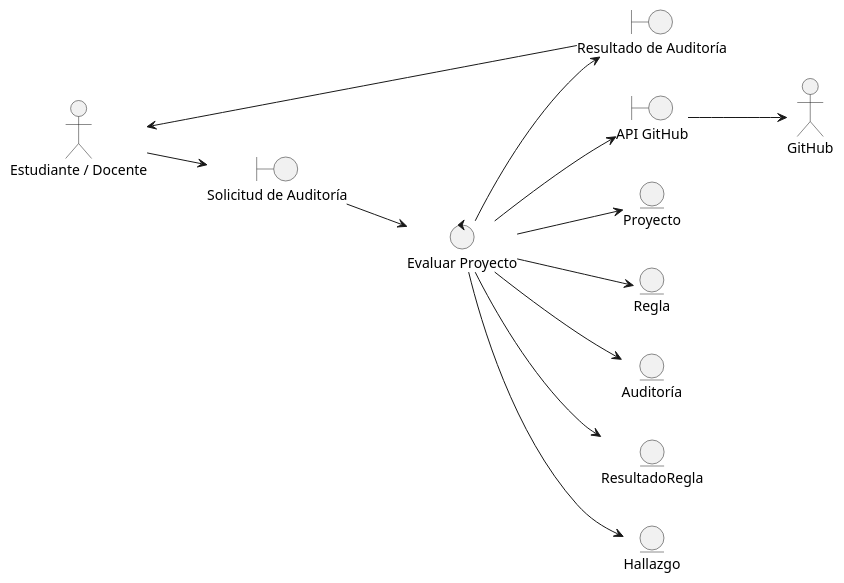
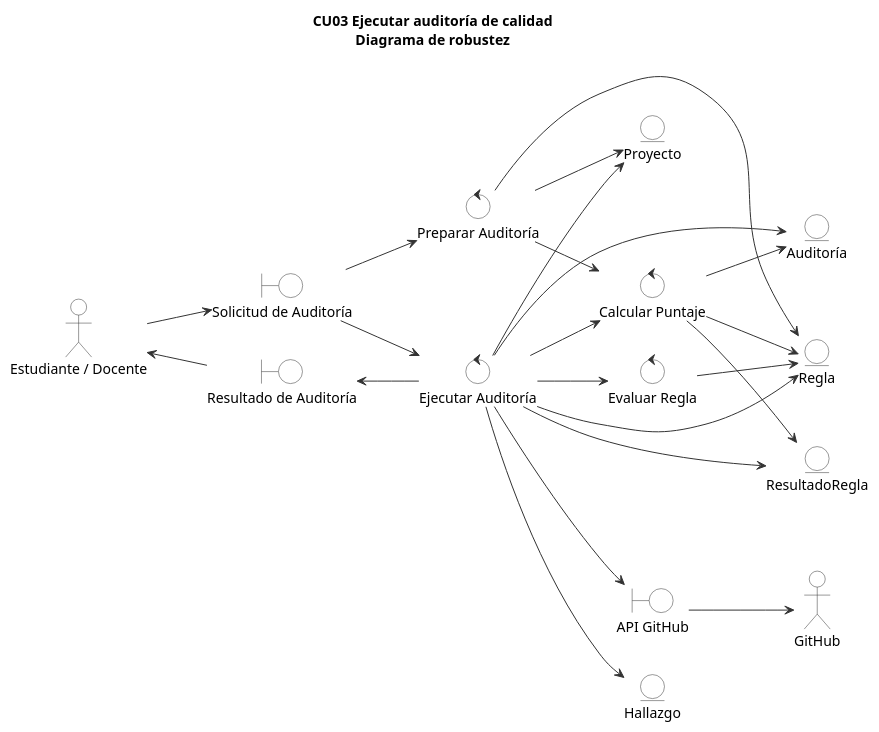
Before and after one commit to ErickBaja05/GR4_1BT3_622_26B: the diagram in docs/incremento1/robustnessDiagrams/cu03-ejecutarAuditoria.puml, drawn with PlantUML. The commit also changed 9 other files, not shown here.

Commit message:
update of the diagrams: CU3 and CU4

```diff
--- a/docs/incremento1/robustnessDiagrams/cu03-ejecutarAuditoria.puml
+++ b/docs/incremento1/robustnessDiagrams/cu03-ejecutarAuditoria.puml
@@ -1,31 +1,71 @@
 @startuml cu03_robustez
 skinparam style strictuml
+skinparam defaultFontName Arial
+skinparam ArrowColor #333333
+skinparam BoundaryBackgroundColor #FFFFFF
+skinparam BoundaryBorderColor #333333
+skinparam ControlBackgroundColor #FFFFFF
+skinparam ControlBorderColor #333333
+skinparam EntityBackgroundColor #FFFFFF
+skinparam EntityBorderColor #333333
+skinparam ActorBackgroundColor #FFFFFF
+skinparam ActorBorderColor #333333
+
+title CU03 Ejecutar auditoría de calidad\nDiagrama de robustez
+
 left to right direction
 
-actor "Estudiante / Docente" as Usuario
-actor GitHub
+actor "Estudiante / Docente" as actor
+actor "GitHub" as github
 
-boundary "Solicitud de Auditoría" as B1
-boundary "Resultado de Auditoría" as B2
-boundary "API GitHub" as B3
+boundary "Solicitud de Auditoría" as bSol
+boundary "Resultado de Auditoría" as bRes
+boundary "API GitHub" as bApi
 
-control "Evaluar Proyecto" as C1
+control "Preparar Auditoría" as cPre
+control "Ejecutar Auditoría" as cEje
+control "Evaluar Regla" as cEva
+control "Calcular Puntaje" as cCal
 
-entity Proyecto
-entity Regla
-entity "Auditoría" as Auditoria
-entity ResultadoRegla
-entity Hallazgo
+entity "Proyecto" as eProy
+entity "Regla" as eReg
+entity "ResultadoRegla" as eRes
+entity "Auditoría" as eAud
+entity "Hallazgo" as eHal
 
-Usuario --> B1
-B1 --> C1
-C1 --> B3
-B3 --> GitHub
-C1 --> Proyecto
-C1 --> Regla
-C1 --> Auditoria
-C1 --> ResultadoRegla
-C1 --> Hallazgo
-C1 --> B2
-B2 --> Usuario
+' El actor solo se conecta con boundaries
+actor --> bSol
+actor <-- bRes
+
+' Pasos 1-2: solicitar e informar reglas y puntaje máximo
+bSol --> cPre
+cPre --> eProy
+cPre --> eReg
+cPre --> cCal
+
+' Paso 3: confirmar la auditoría
+bSol --> cEje
+
+' Pasos 4 y 4a: obtener la estructura del repositorio
+cEje --> bApi
+bApi --> github
+
+' Pasos 5-7: evaluar, calcular y registrar
+cEje --> cEva
+cEje --> cCal
+cEje --> eProy
+cEje --> eReg
+cEje --> eRes
+cEje --> eAud
+cEje --> eHal
+
+' Datos que usa cada control de cálculo
+cEva --> eReg
+cCal --> eReg
+cCal --> eRes
+cCal --> eAud
+
+' Paso 8: informar el resultado
+bRes <-- cEje
+
 @enduml
```
